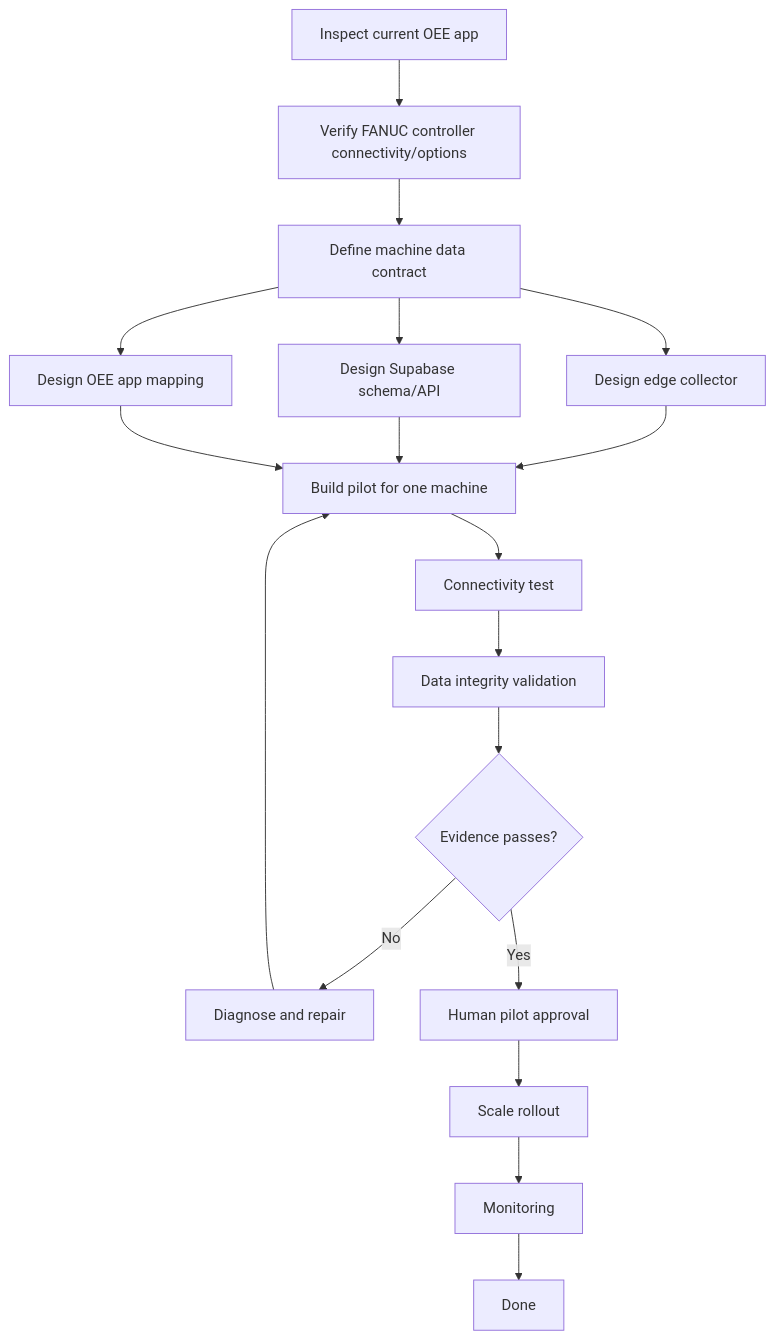
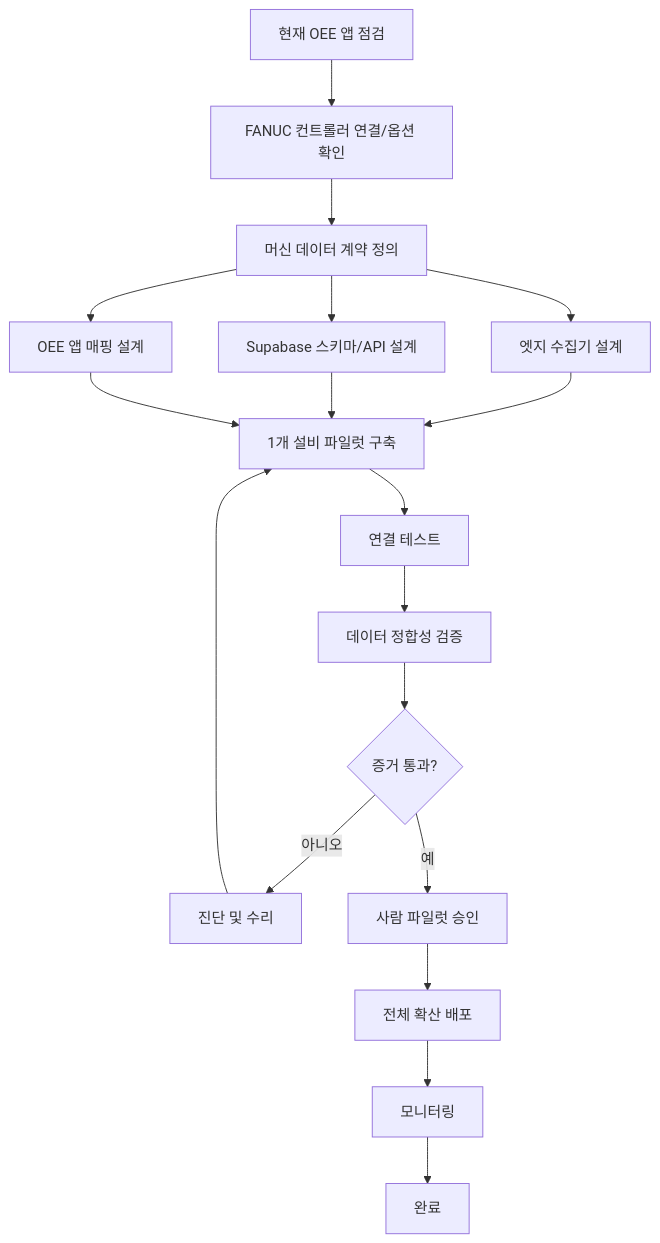
One commit to batman3101/graph-engineering-skill changed the diagram in graph-engineering/examples/OEE_FANUC_EXAMPLE.md. Above: the diagram before and after it, drawn with Mermaid. The commit also changed other lines of this file, not shown here.

Commit message:
docs: OEE FANUC 예제를 한글로 번역
examples/OEE_FANUC_EXAMPLE.md의 제목·목표·방식·Mermaid 노드 라벨·핵심 증거를
한국어로 번역. 그래프 구조와 노드 ID(A,B,C,D1..)는 그대로 유지.

````diff
--- a/graph-engineering/examples/OEE_FANUC_EXAMPLE.md
+++ b/graph-engineering/examples/OEE_FANUC_EXAMPLE.md
@@ -13,29 +13,29 @@
 ```mermaid
 flowchart TD
-    A[Inspect current OEE app]
-    B[Verify FANUC controller connectivity/options]
-    C[Define machine data contract]
-    D1[Design edge collector]
-    D2[Design Supabase schema/API]
-    D3[Design OEE app mapping]
-    E[Build pilot for one machine]
-    F[Connectivity test]
-    G[Data integrity validation]
-    H{Evidence passes?}
-    I[Diagnose and repair]
-    J[Human pilot approval]
-    K[Scale rollout]
-    L[Monitoring]
-    M[Done]
+    A[현재 OEE 앱 점검]
+    B[FANUC 컨트롤러 연결/옵션 확인]
+    C[머신 데이터 계약 정의]
+    D1[엣지 수집기 설계]
+    D2[Supabase 스키마/API 설계]
+    D3[OEE 앱 매핑 설계]
+    E[1개 설비 파일럿 구축]
+    F[연결 테스트]
+    G[데이터 정합성 검증]
+    H{증거 통과?}
+    I[진단 및 수리]
+    J[사람 파일럿 승인]
+    K[전체 확산 배포]
+    L[모니터링]
+    M[완료]
 
     A --> B --> C
     C --> D1
     C --> D2
     C --> D3
     D1 --> E
     D2 --> E
     D3 --> E
     E --> F --> G --> H
-    H -- No --> I --> E
-    H -- Yes --> J --> K --> L --> M
+    H -- 아니오 --> I --> E
+    H -- 예 --> J --> K --> L --> M
 ```
````
